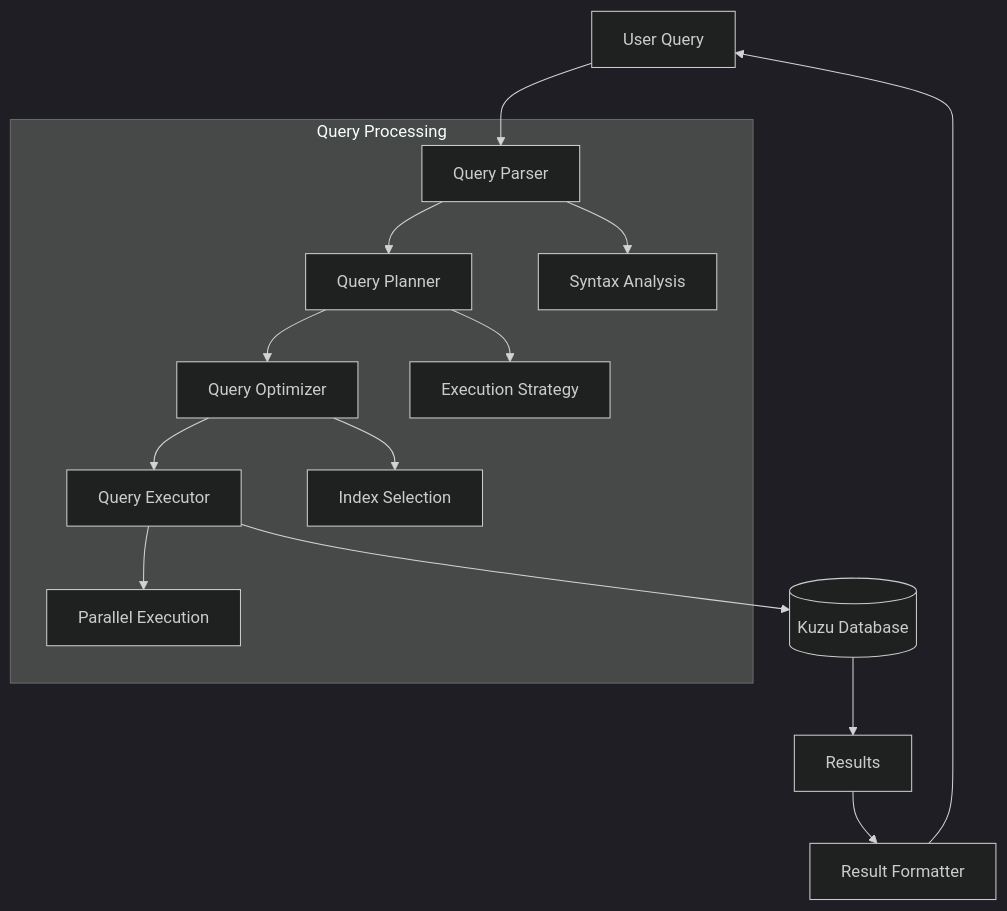
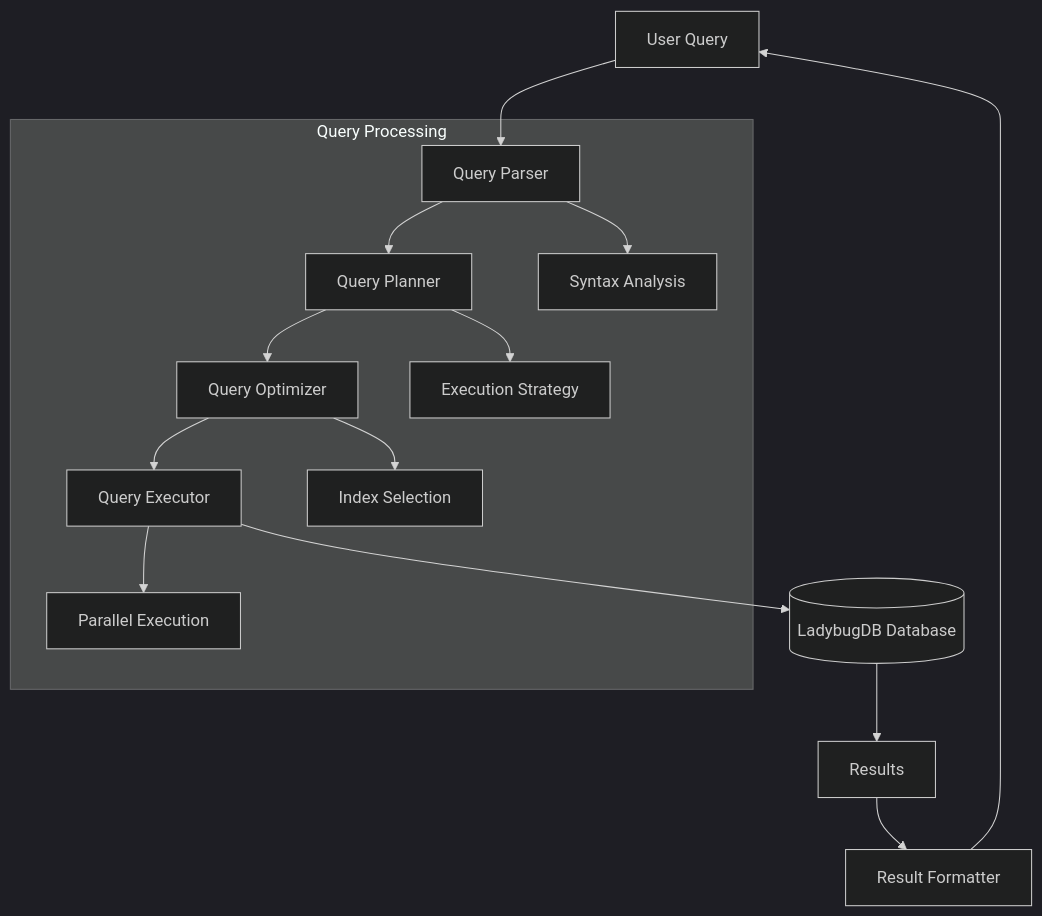
Before and after one commit to elementalcollision/GraphMemory-IDE: the first of 8 diagrams in docs/user-guides/graph-operations.md, drawn with Mermaid (dark theme). The commit also changed other lines of this file and 120 other files, not shown here.

First line of the commit message:
Kuzu → LadybugDB migration (Phases 0–9 + follow-up) (#4)

````diff
--- a/docs/user-guides/graph-operations.md
+++ b/docs/user-guides/graph-operations.md
@@ -31,19 +31,19 @@
 ```mermaid
 flowchart TD
     USER[User Query] --> PARSER[Query Parser]
     PARSER --> PLANNER[Query Planner]
     PLANNER --> OPTIMIZER[Query Optimizer]
     OPTIMIZER --> EXECUTOR[Query Executor]
-    EXECUTOR --> KUZU[(Kuzu Database)]
-    KUZU --> RESULTS[Results]
+    EXECUTOR --> LADYBUG[(LadybugDB Database)]
+    LADYBUG --> RESULTS[Results]
     
     subgraph "Query Processing"
         PARSER --> SYNTAX[Syntax Analysis]
         PLANNER --> STRATEGY[Execution Strategy]
         OPTIMIZER --> INDEXES[Index Selection]
         EXECUTOR --> PARALLEL[Parallel Execution]
     end
     
     RESULTS --> FORMATTER[Result Formatter]
     FORMATTER --> USER
 ```
````
